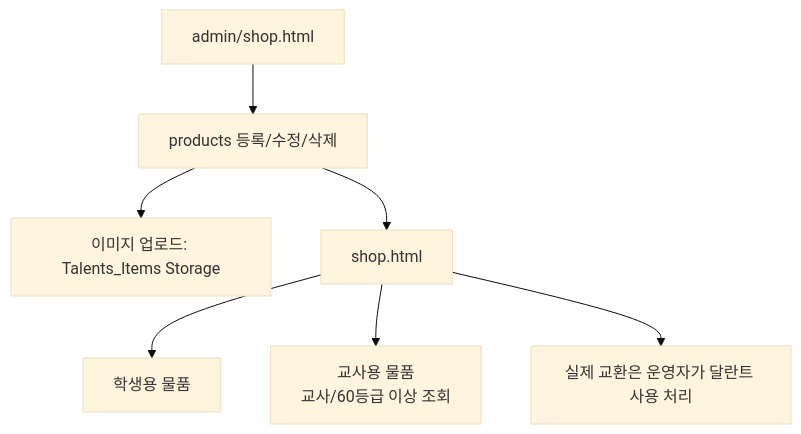
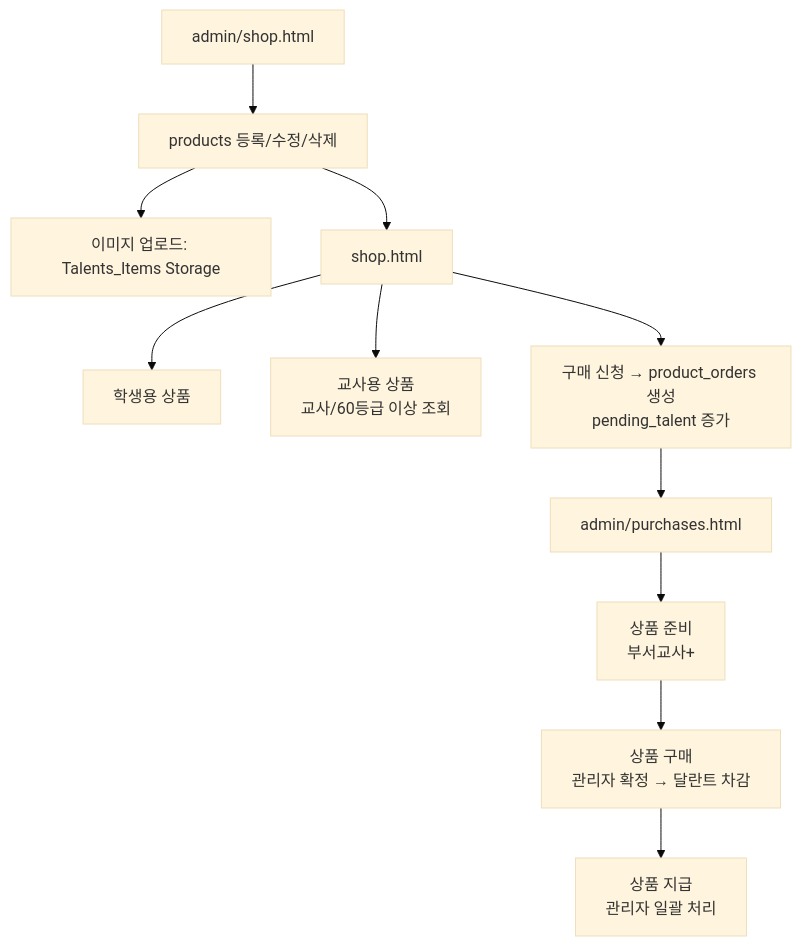
Before and after one commit to CHO-Talents/CHO-Talents: the sixth of 6 diagrams in README.md, drawn with Mermaid (base theme). The commit also changed other lines of this file and 26 other files, not shown here.

````diff
--- a/README.md
+++ b/README.md
@@ -243,9 +249,13 @@
 ```mermaid
 flowchart TD
   AdminShop["admin/shop.html"] --> ProductCRUD["products 등록/수정/삭제"]
   ProductCRUD --> Storage["이미지 업로드: Talents_Items Storage"]
   ProductCRUD --> PublicShop["shop.html"]
-  PublicShop --> StudentGoods["학생용 물품"]
-  PublicShop --> TeacherGoods["교사용 물품<br/>교사/60등급 이상 조회"]
-  PublicShop --> Exchange["실제 교환은 운영자가 달란트 사용 처리"]
+  PublicShop --> StudentGoods["학생용 상품"]
+  PublicShop --> TeacherGoods["교사용 상품<br/>교사/60등급 이상 조회"]
+  PublicShop --> OrderRequest["구매 신청 → product_orders 생성<br/>pending_talent 증가"]
+  OrderRequest --> PurchaseMgmt["admin/purchases.html"]
+  PurchaseMgmt --> Preparing["상품 준비<br/>부서교사+"]
+  Preparing --> Purchased["상품 구매<br/>관리자 확정 → 달란트 차감"]
+  Purchased --> Delivered["상품 지급<br/>관리자 일괄 처리"]
 ```
````
